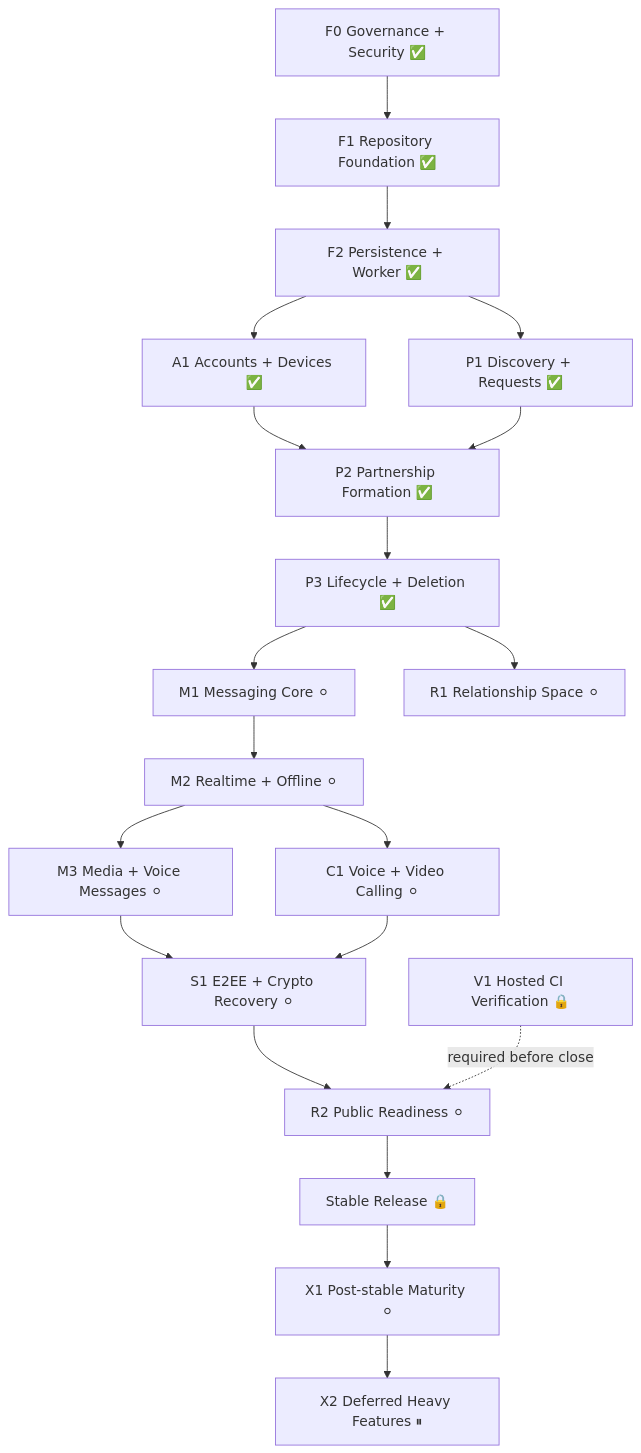
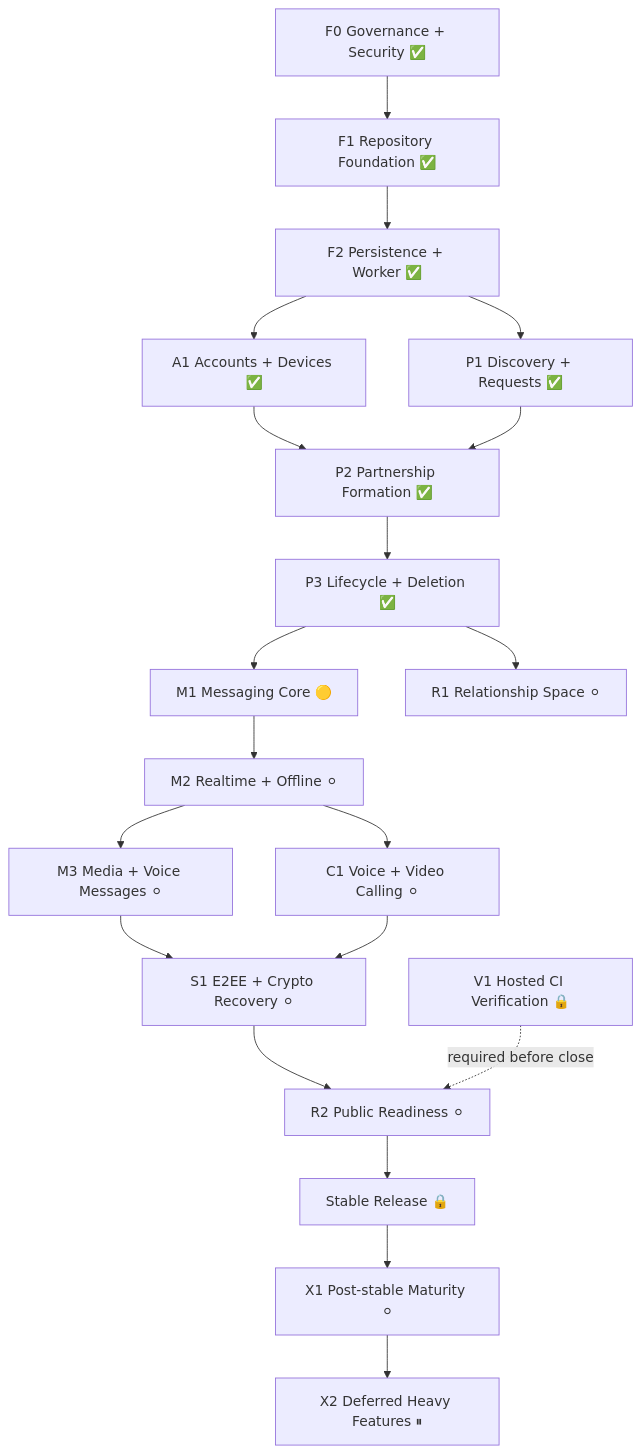
Before and after one commit to ekamal22/shawtie-pls-app: the diagram in docs/EXECUTION_GRAPH.md, drawn with Mermaid. The commit also changed other lines of this file and 7 other files, not shown here.

Commit message:
docs: define M1 messaging architecture [skip ci]

```diff
--- a/docs/EXECUTION_GRAPH.md
+++ b/docs/EXECUTION_GRAPH.md
@@ -84,31 +84,31 @@
 ~~~mermaid
 flowchart TD
     F0["F0 Governance + Security ✅"] --> F1["F1 Repository Foundation ✅"]
     F1 --> F2["F2 Persistence + Worker ✅"]
 
     F2 --> A1["A1 Accounts + Devices ✅"]
     F2 --> P1["P1 Discovery + Requests ✅"]
 
     A1 --> P2["P2 Partnership Formation ✅"]
     P1 --> P2
 
     P2 --> P3["P3 Lifecycle + Deletion ✅"]
 
-    P3 --> M1["M1 Messaging Core ⚪"]
+    P3 --> M1["M1 Messaging Core 🟡"]
     P3 --> R1["R1 Relationship Space ⚪"]
 
     M1 --> M2["M2 Realtime + Offline ⚪"]
 
     M2 --> M3["M3 Media + Voice Messages ⚪"]
     M2 --> C1["C1 Voice + Video Calling ⚪"]
 
     M3 --> S1["S1 E2EE + Crypto Recovery ⚪"]
     C1 --> S1
 
     S1 --> R2["R2 Public Readiness ⚪"]
     V1["V1 Hosted CI Verification 🔒"] -. required before close .-> R2
 
     R2 --> RELEASE["Stable Release 🔒"]
     RELEASE --> X1["X1 Post-stable Maturity ⚪"]
     X1 --> X2["X2 Deferred Heavy Features ⏸"]
 ~~~
```
